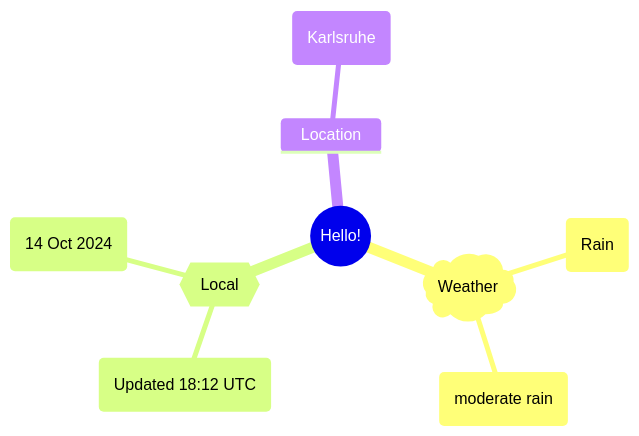
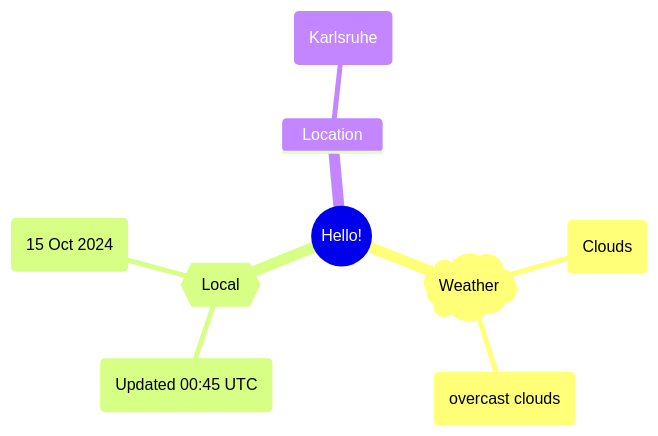
Before and after one commit to Xosrov/Xosrov: the first of 2 diagrams in README.md, drawn with Mermaid.

Commit message:
[bot] updated images

````diff
--- a/README.md
+++ b/README.md
@@ -3,12 +3,12 @@
 ```mermaid
 mindmap
   root((Hello!))
     )Weather(
-        (Rain)
-        (moderate rain)
+        (Clouds)
+        (overcast clouds)
     {{Local}}
-        (Updated 18:12 UTC)
-        (14 Oct 2024)
+        (Updated 00:45 UTC)
+        (15 Oct 2024)
     Location
         (Karlsruhe)
 ```
````
